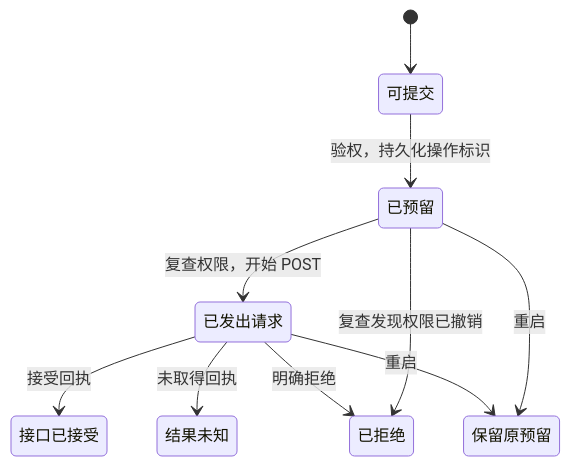
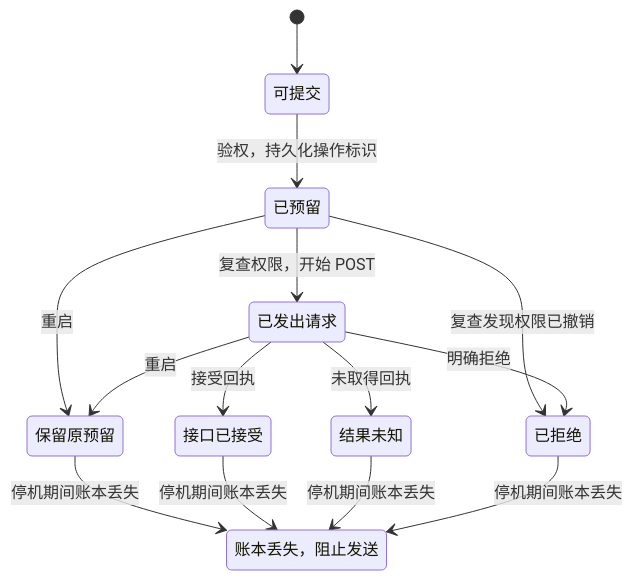
The diagram in tests/formal/qq-delivery/README.md (tencent-connect/dsh-qqbot), drawn with Mermaid before and after one commit. The commit also changed other lines of this file and 12 other files, not shown here.

````diff
--- a/tests/formal/qq-delivery/README.md
+++ b/tests/formal/qq-delivery/README.md
@@ -5,19 +5,24 @@
 ```mermaid
 stateDiagram-v2
     state "可提交" as Idle
     state "已预留" as Reserved
     state "已发出请求" as Posted
     state "接口已接受" as Accepted
     state "已拒绝" as Rejected
     state "结果未知" as Unknown
     state "保留原预留" as Retained
+    state "账本丢失，阻止发送" as Missing
     [*] --> Idle
     Idle --> Reserved: 验权，持久化操作标识
     Reserved --> Posted: 复查权限，开始 POST
     Reserved --> Rejected: 复查发现权限已撤销
     Posted --> Accepted: 接受回执
     Posted --> Rejected: 明确拒绝
     Posted --> Unknown: 未取得回执
     Reserved --> Retained: 重启
     Posted --> Retained: 重启
+    Retained --> Missing: 停机期间账本丢失
+    Accepted --> Missing: 停机期间账本丢失
+    Unknown --> Missing: 停机期间账本丢失
+    Rejected --> Missing: 停机期间账本丢失
 ```
````
